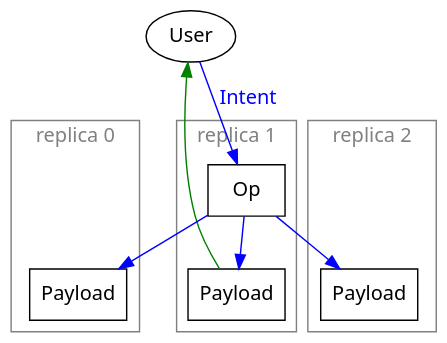
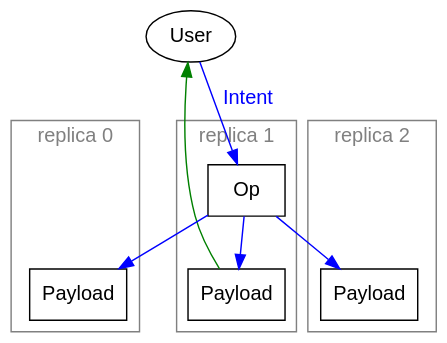
Before and after one commit to cblp/crdt-fpconf2017: the diagram in CmRDT-overview.dot, drawn with Graphviz. The commit also changed 1 other file, not shown here.

Commit message:
Fix sans-serif font

```diff
--- a/CmRDT-overview.dot
+++ b/CmRDT-overview.dot
@@ -1,48 +1,48 @@
 digraph {
     bgcolor=transparent;
-    fontname="sans";
+    fontname="sans-serif";
 
-    edge [color=blue, fontcolor=blue, fontname="sans"];
-    node [fontname="sans"];
+    edge [color=blue, fontcolor=blue, fontname="sans-serif"];
+    node [fontname="sans-serif"];
 
     subgraph cluster0 {
         fontcolor=gray;
         color=gray;
         label="replica 0";
 
         strut0 [style=invisible];
         Payload0 [label="Payload", shape=box];
 
         strut0 -> Payload0 [style=invisible, dir=none];
     }
 
     User;
 
     subgraph cluster1 {
         fontcolor=gray;
         color=gray;
         label="replica 1";
 
         Op [shape=box];
         Payload1 [label="Payload", shape=box];
 
         Op -> Payload1;
     }
 
     Op -> Payload0;
 
     subgraph cluster2 {
         fontcolor=gray;
         color=gray;
         label="replica 2";
 
         strut2 [style=invisible];
         Payload2 [label="Payload", shape=box];
 
         strut2 -> Payload2 [style=invisible, dir=none];
         Op -> Payload2;
     }
 
     User -> Op [label="Intent", minlen=1];
     User -> Payload1 [dir=back, color=green];
 }
```
